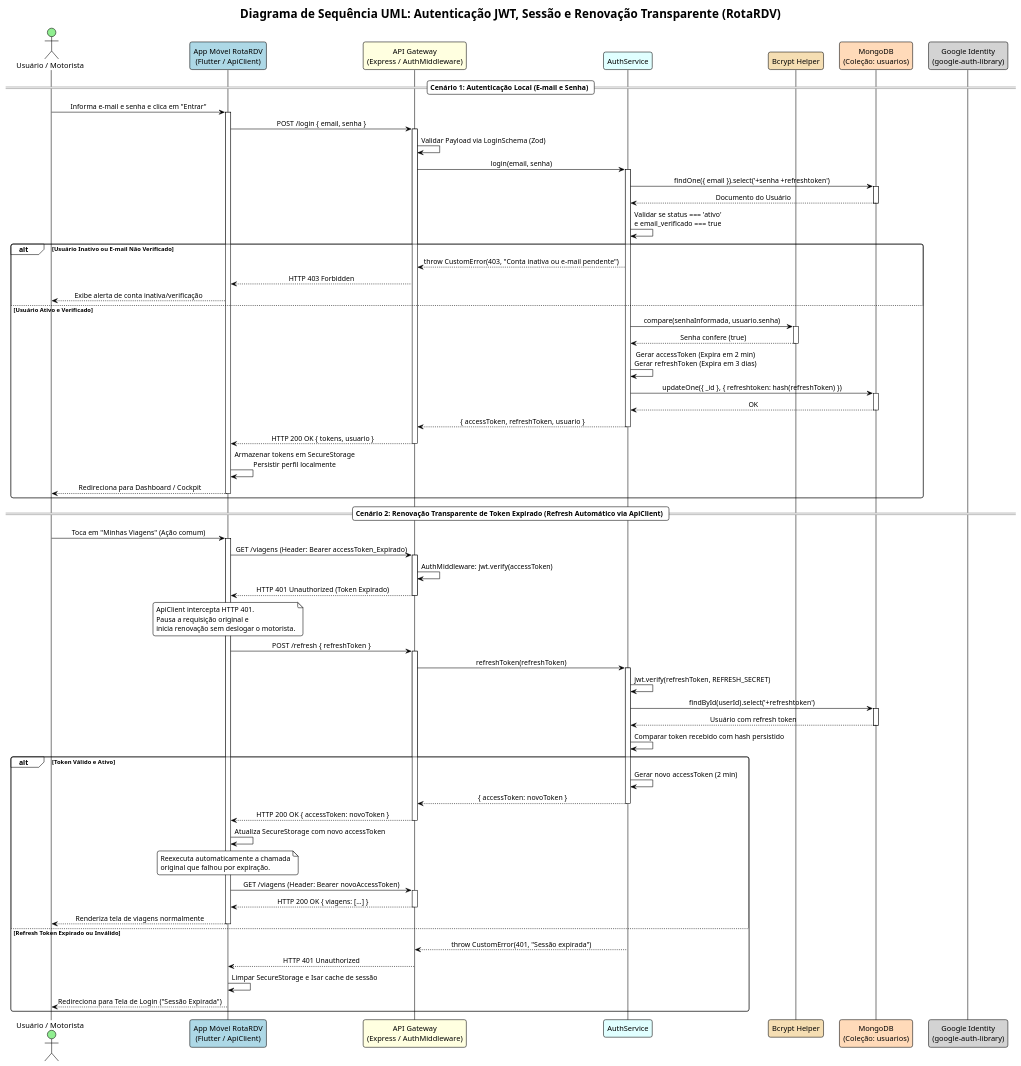
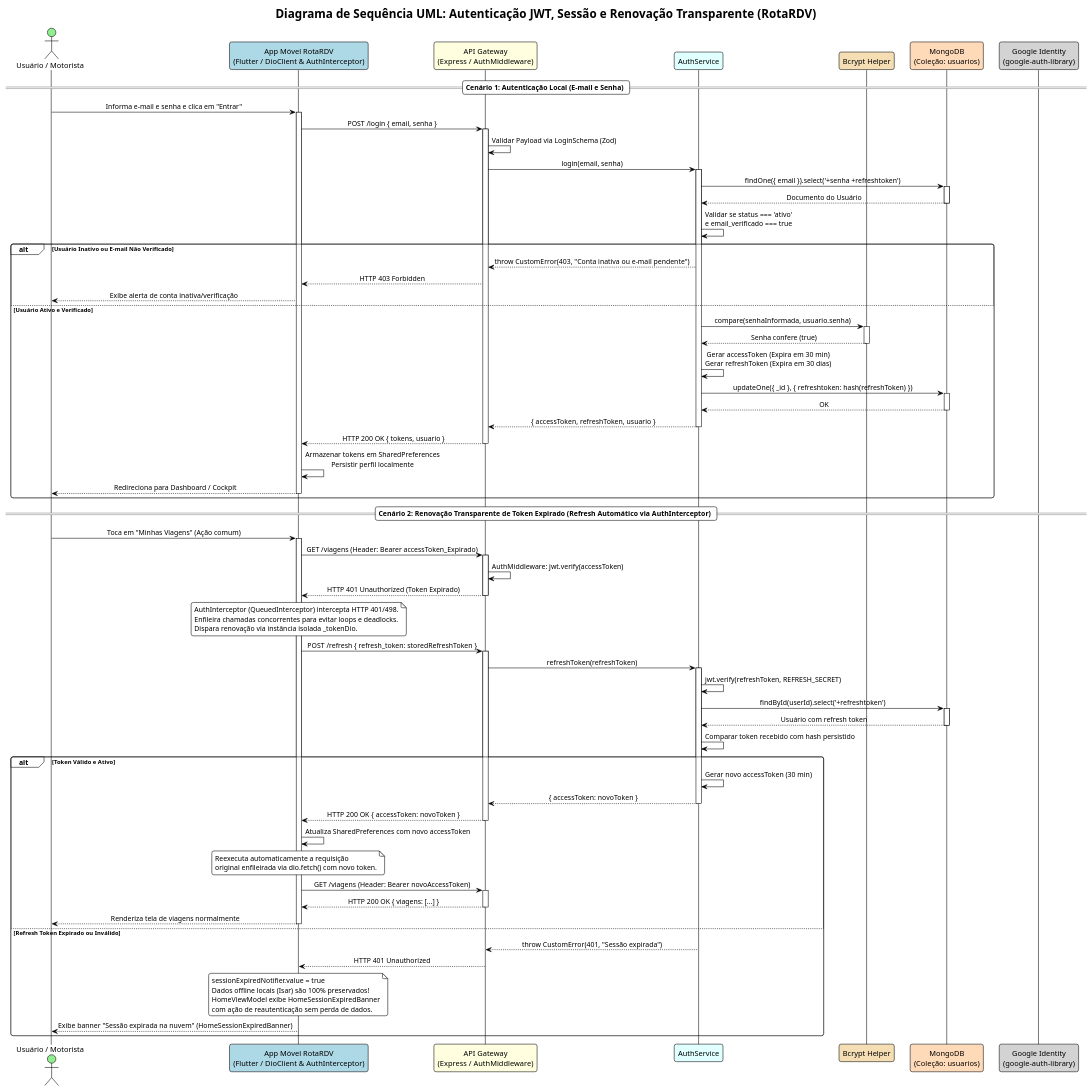
Before and after one commit to Luisdevux/RotaRDV-API: the diagram in documentacao/diagramas/sequencia/sequencia_autenticacao_e_refresh.puml, drawn with PlantUML. The commit also changed 12 other files, not shown here.

Commit message:
docs(Diagramas): Atualizando diagramas para incluir a arquitetura de conectividade do mobile Dio, que antes era http

```diff
--- a/documentacao/diagramas/sequencia/sequencia_autenticacao_e_refresh.puml
+++ b/documentacao/diagramas/sequencia/sequencia_autenticacao_e_refresh.puml
@@ -1,121 +1,126 @@
 @startuml
 !theme plain
 skinparam defaultFontName Arial
 skinparam roundCorner 8
 skinparam shadowing false
 skinparam sequenceMessageAlign center
 
 title **Diagrama de Sequência UML: Autenticação JWT, Sessão e Renovação Transparente (RotaRDV)**
 
 actor "Usuário / Motorista" as User #LightGreen
-participant "App Móvel RotaRDV\n(Flutter / ApiClient)" as Client #LightBlue
+participant "App Móvel RotaRDV\n(Flutter / DioClient & AuthInterceptor)" as Client #LightBlue
 participant "API Gateway\n(Express / AuthMiddleware)" as Gateway #LightYellow
 participant "AuthService" as Service #LightCyan
 participant "Bcrypt Helper" as Bcrypt #Wheat
 participant "MongoDB\n(Coleção: usuarios)" as DB #PeachPuff
 participant "Google Identity\n(google-auth-library)" as GoogleAuth #LightGray
 
 == Cenário 1: Autenticação Local (E-mail e Senha) ==
 
 User -> Client: Informa e-mail e senha e clica em "Entrar"
 activate Client
 
 Client -> Gateway: POST /login { email, senha }
 activate Gateway
 
 Gateway -> Gateway: Validar Payload via LoginSchema (Zod)
 Gateway -> Service: login(email, senha)
 activate Service
 
 Service -> DB: findOne({ email }).select('+senha +refreshtoken')
 activate DB
 DB --> Service: Documento do Usuário
 deactivate DB
 
 Service -> Service: Validar se status === 'ativo'\ne email_verificado === true
 alt Usuário Inativo ou E-mail Não Verificado
     Service --> Gateway: throw CustomError(403, "Conta inativa ou e-mail pendente")
     Gateway --> Client: HTTP 403 Forbidden
     Client --> User: Exibe alerta de conta inativa/verificação
 else Usuário Ativo e Verificado
     Service -> Bcrypt: compare(senhaInformada, usuario.senha)
     activate Bcrypt
     Bcrypt --> Service: Senha confere (true)
     deactivate Bcrypt
 
-    Service -> Service: Gerar accessToken (Expira em 2 min)\nGerar refreshToken (Expira em 3 dias)
+    Service -> Service: Gerar accessToken (Expira em 30 min)\nGerar refreshToken (Expira em 30 dias)
     Service -> DB: updateOne({ _id }, { refreshtoken: hash(refreshToken) })
     activate DB
     DB --> Service: OK
     deactivate DB
 
     Service --> Gateway: { accessToken, refreshToken, usuario }
     deactivate Service
     Gateway --> Client: HTTP 200 OK { tokens, usuario }
     deactivate Gateway
 
-    Client -> Client: Armazenar tokens em SecureStorage\nPersistir perfil localmente
+    Client -> Client: Armazenar tokens em SharedPreferences\nPersistir perfil localmente
     Client --> User: Redireciona para Dashboard / Cockpit
     deactivate Client
 end
 
-== Cenário 2: Renovação Transparente de Token Expirado (Refresh Automático via ApiClient) ==
+== Cenário 2: Renovação Transparente de Token Expirado (Refresh Automático via AuthInterceptor) ==
 
 User -> Client: Toca em "Minhas Viagens" (Ação comum)
 activate Client
 
 Client -> Gateway: GET /viagens (Header: Bearer accessToken_Expirado)
 activate Gateway
 
 Gateway -> Gateway: AuthMiddleware: jwt.verify(accessToken)
 Gateway --> Client: HTTP 401 Unauthorized (Token Expirado)
 deactivate Gateway
 
 note over Client
-  ApiClient intercepta HTTP 401.
-  Pausa a requisição original e
-  inicia renovação sem deslogar o motorista.
+  AuthInterceptor (QueuedInterceptor) intercepta HTTP 401/498.
+  Enfileira chamadas concorrentes para evitar loops e deadlocks.
+  Dispara renovação via instância isolada _tokenDio.
 end note
 
-Client -> Gateway: POST /refresh { refreshToken }
+Client -> Gateway: POST /refresh { refresh_token: storedRefreshToken }
 activate Gateway
 
 Gateway -> Service: refreshToken(refreshToken)
 activate Service
 
 Service -> Service: jwt.verify(refreshToken, REFRESH_SECRET)
 Service -> DB: findById(userId).select('+refreshtoken')
 activate DB
 DB --> Service: Usuário com refresh token
 deactivate DB
 
 Service -> Service: Comparar token recebido com hash persistido
 alt Token Válido e Ativo
-    Service -> Service: Gerar novo accessToken (2 min)
+    Service -> Service: Gerar novo accessToken (30 min)
     Service --> Gateway: { accessToken: novoToken }
     deactivate Service
 
     Gateway --> Client: HTTP 200 OK { accessToken: novoToken }
     deactivate Gateway
 
-    Client -> Client: Atualiza SecureStorage com novo accessToken
-    
+    Client -> Client: Atualiza SharedPreferences com novo accessToken
+
     note over Client
-      Reexecuta automaticamente a chamada
-      original que falhou por expiração.
+      Reexecuta automaticamente a requisição
+      original enfileirada via dio.fetch() com novo token.
     end note
     Client -> Gateway: GET /viagens (Header: Bearer novoAccessToken)
     activate Gateway
     Gateway --> Client: HTTP 200 OK { viagens: [...] }
     deactivate Gateway
 
     Client --> User: Renderiza tela de viagens normalmente
     deactivate Client
 else Refresh Token Expirado ou Inválido
     Service --> Gateway: throw CustomError(401, "Sessão expirada")
     Gateway --> Client: HTTP 401 Unauthorized
-    Client -> Client: Limpar SecureStorage e Isar cache de sessão
-    Client --> User: Redireciona para Tela de Login ("Sessão Expirada")
+    note over Client
+      sessionExpiredNotifier.value = true
+      Dados offline locais (Isar) são 100% preservados!
+      HomeViewModel exibe HomeSessionExpiredBanner
+      com ação de reautenticação sem perda de dados.
+    end note
+    Client --> User: Exibe banner "Sessão expirada na nuvem" (HomeSessionExpiredBanner)
 end
 
 @enduml
```
